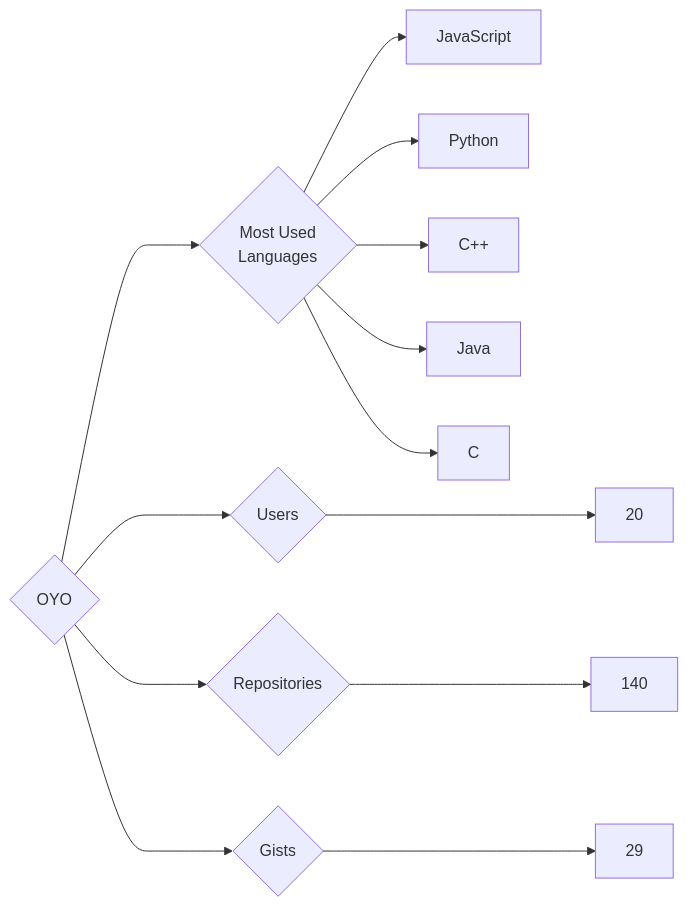
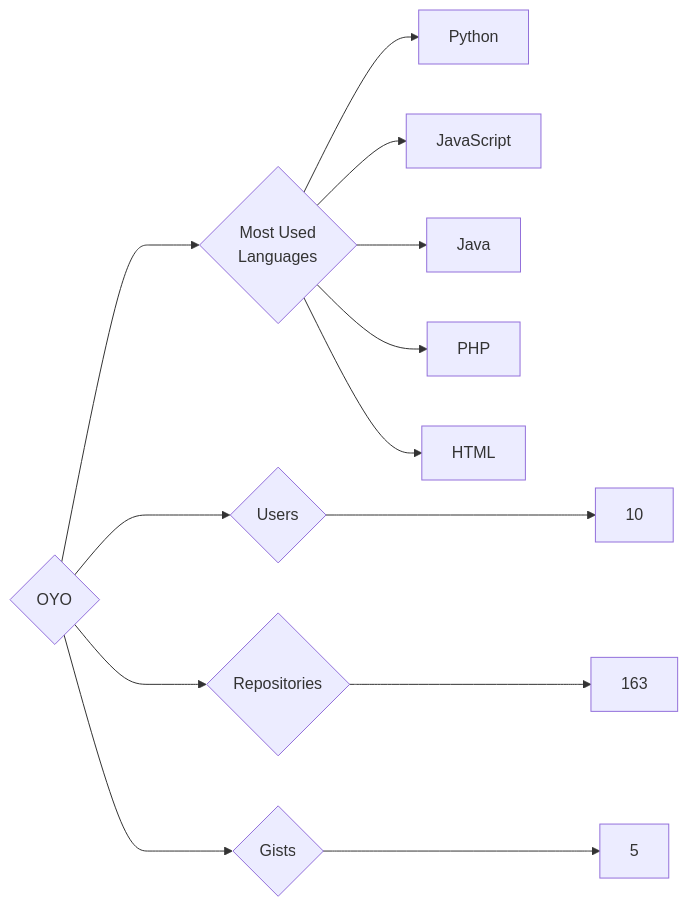
Before and after one commit to trickest/insiders: the diagram in targets/OYO/README.md, drawn with Mermaid. The commit also changed 870 other files, not shown here.

````diff
--- a/targets/OYO/README.md
+++ b/targets/OYO/README.md
@@ -3,13 +3,13 @@
 ```mermaid
 graph LR
 COMPANY_NAME{OYO}
-COMPANY_NAME ---> U{Users} ---> UN[20]
-COMPANY_NAME ---> R{Repositories} ---> RN[140]
-COMPANY_NAME ---> G{Gists} ---> GN[29]
+COMPANY_NAME ---> U{Users} ---> UN[10]
+COMPANY_NAME ---> R{Repositories} ---> RN[163]
+COMPANY_NAME ---> G{Gists} ---> GN[5]
 COMPANY_NAME ---> ML{Most Used<br>Languages}
+ML --> Python[Python]
 ML --> JavaScript[JavaScript]
-ML --> Python[Python]
-ML --> C++[C++]
 ML --> Java[Java]
-ML --> C[C]
+ML --> PHP[PHP]
+ML --> HTML[HTML]
 ```
````
